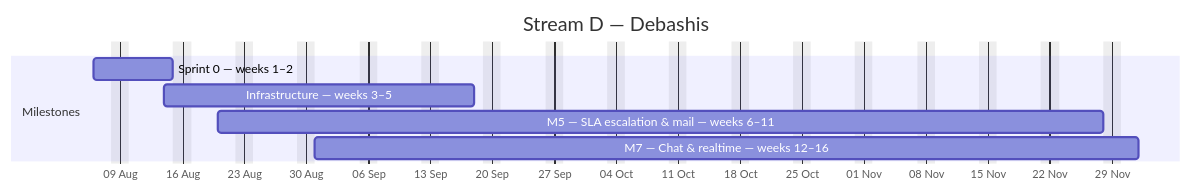
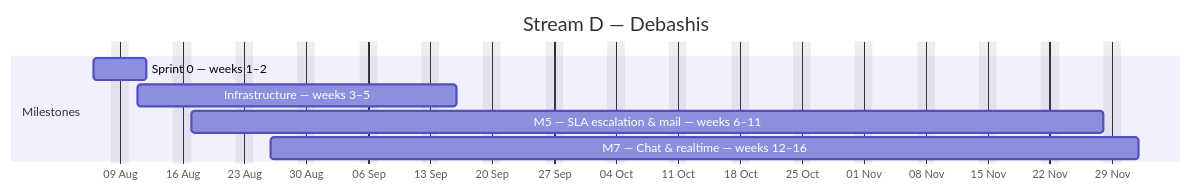
One commit to debashisedunext/EduTrack changed the fourth of 4 diagrams in docs/plan/GANTT.md. Above: the diagram before and after it, drawn with Mermaid. The commit also changed other lines of this file and 3 other files, not shown here.

````diff
--- a/docs/plan/GANTT.md
+++ b/docs/plan/GANTT.md
@@ -155,12 +155,12 @@
 ```mermaid
 gantt
     dateFormat YYYY-MM-DD
     axisFormat %d %b
     title Stream D — Debashis
     excludes weekends
     section Milestones
-    Sprint 0 — weeks 1–2 :d0, 2026-08-06, 7d
-    Infrastructure — weeks 3–5 :d1, 2026-08-14, 25d
-    M5 — SLA  escalation & mail — weeks 6–11 :d2, 2026-08-20, 72d
-    M7 — Chat & realtime — weeks 12–16 :d3, 2026-08-31, 67d
+    Sprint 0 — weeks 1–2 :d0, 2026-08-06, 4d
+    Infrastructure — weeks 3–5 :d1, 2026-08-11, 26d
+    M5 — SLA  escalation & mail — weeks 6–11 :d2, 2026-08-17, 75d
+    M7 — Chat & realtime — weeks 12–16 :d3, 2026-08-26, 70d
 ```
````
